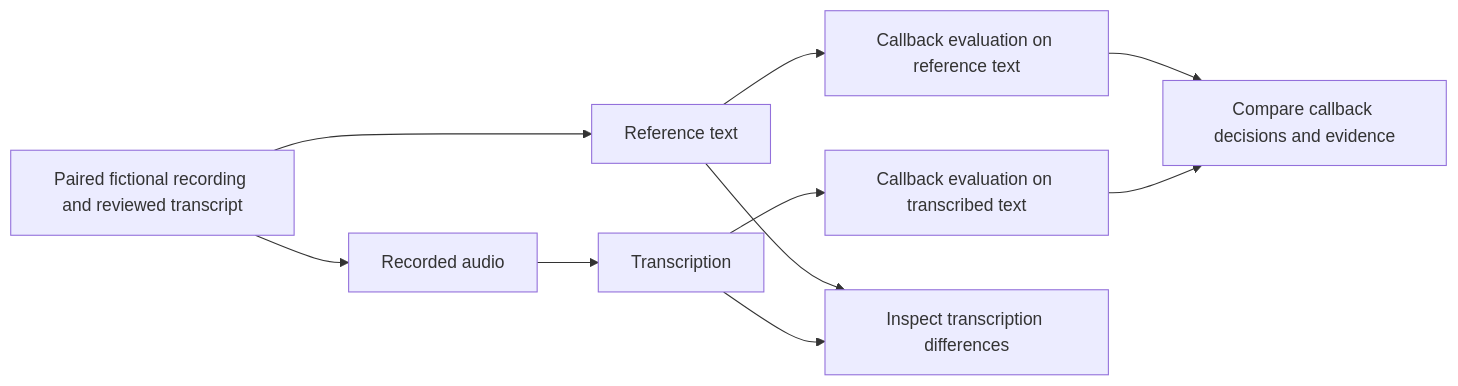
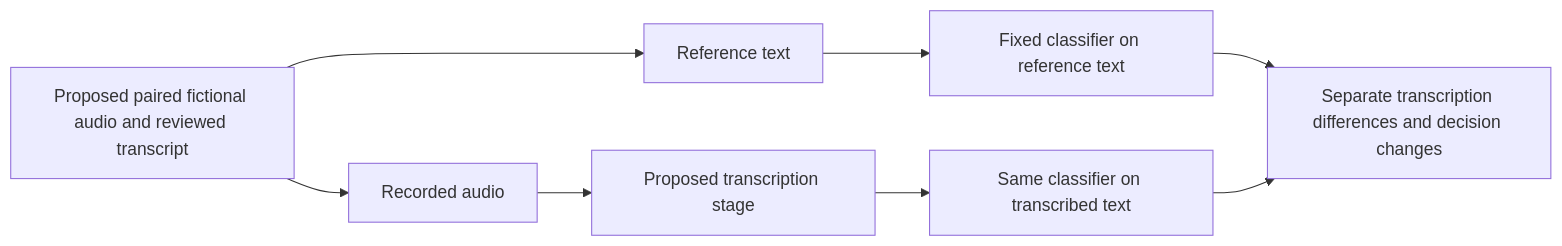
The second of 2 diagrams in docs/EVALUATION.md (aidevcode9/voice-callback-review), drawn with Mermaid before and after one commit. The commit also changed other lines of this file and 19 other files, not shown here.

Commit message:
Add reproducible local text evaluation and scoring

````diff
--- a/docs/EVALUATION.md
+++ b/docs/EVALUATION.md
@@ -26,12 +70,10 @@
 ```mermaid
 flowchart LR
-    Pair["Paired fictional recording and reviewed transcript"] --> Reference["Reference text"]
+    Pair["Proposed paired fictional audio and reviewed transcript"] --> Reference["Reference text"]
     Pair --> Audio["Recorded audio"]
-    Audio --> STT["Transcription"]
-    Reference --> TextRun["Callback evaluation on reference text"]
-    STT --> AudioRun["Callback evaluation on transcribed text"]
-    Reference --> CompareText["Inspect transcription differences"]
-    STT --> CompareText
-    TextRun --> CompareDecision["Compare callback decisions and evidence"]
-    AudioRun --> CompareDecision
+    Audio --> STT["Proposed transcription stage"]
+    Reference --> TextRun["Fixed classifier on reference text"]
+    STT --> AudioRun["Same classifier on transcribed text"]
+    TextRun --> Compare["Separate transcription differences and decision changes"]
+    AudioRun --> Compare
 ```
````
